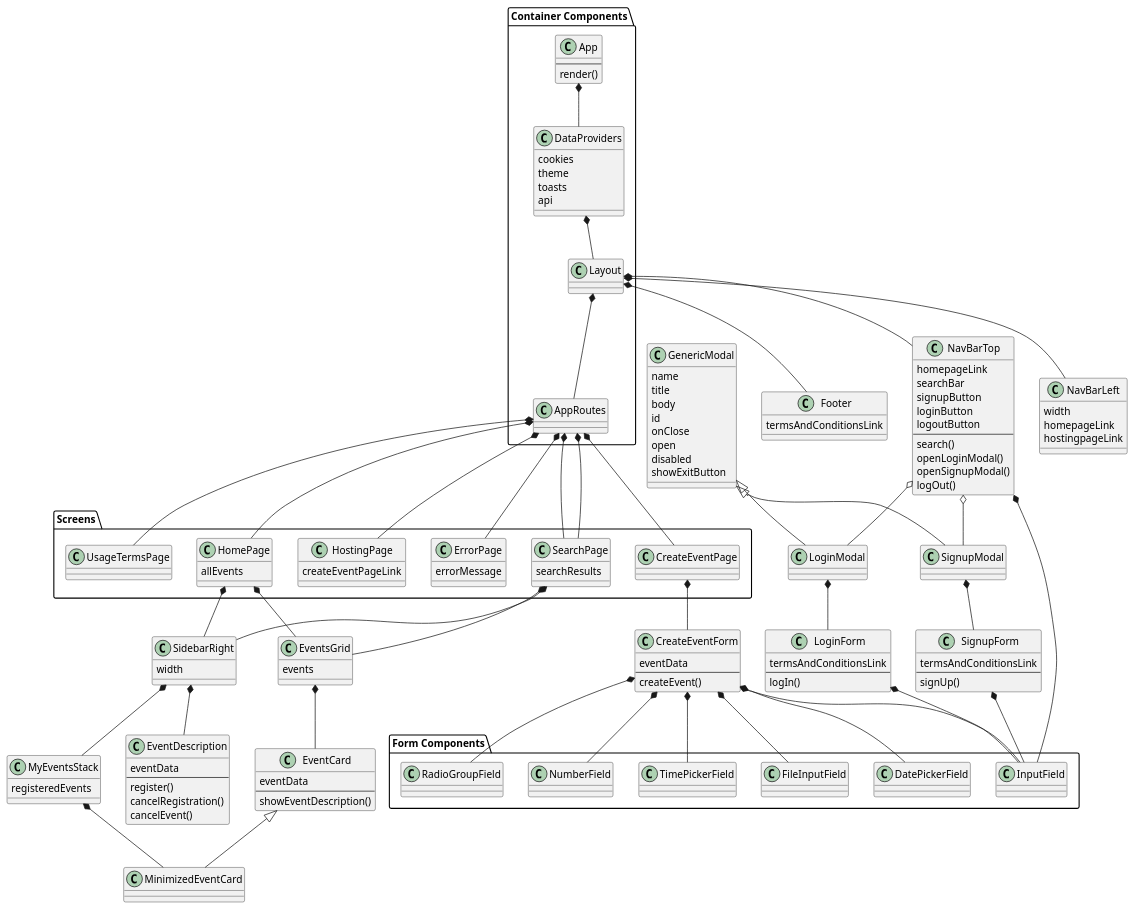
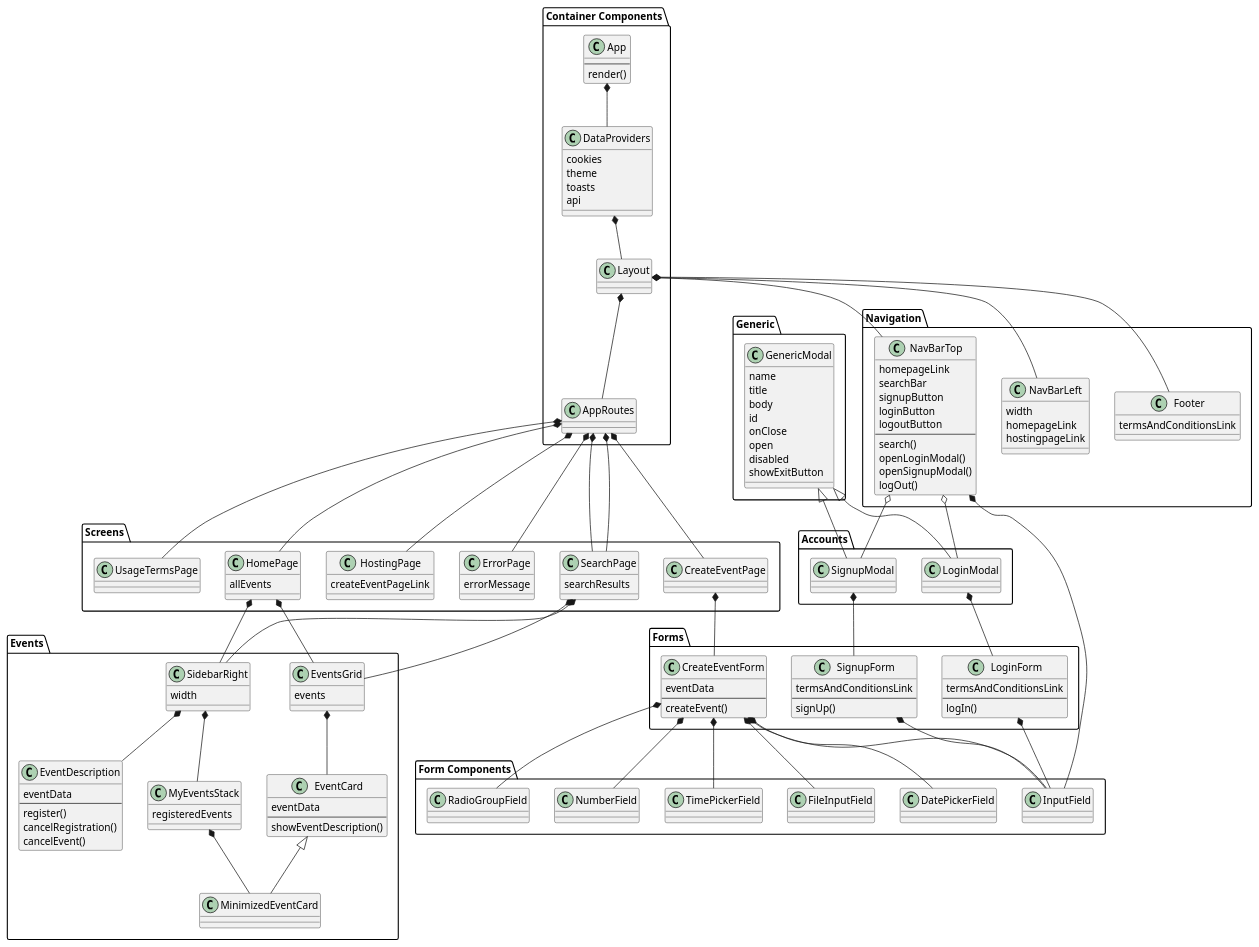
One commit to Wang-and-Co/Cis-3750-Project changed the diagram in diagrams/frontEndDiagrams.puml. Above: the diagram before and after it, drawn with PlantUML.

Commit message:
Updated front end diagram

```diff
--- a/diagrams/frontEndDiagrams.puml
+++ b/diagrams/frontEndDiagrams.puml
@@ -1,173 +1,192 @@
 @startuml frontEndDiagrams
 
 package "Container Components" {
     class App {
         --
         render()
     }
     class AppRoutes
     class DataProviders {
         cookies
         theme
         toasts
         api
     }
     class Layout
 
     App *-- DataProviders
     DataProviders *-- Layout
     Layout *-- AppRoutes
 }
 package Screens {
     class HomePage {
         allEvents
     }
     class CreateEventPage
     class ErrorPage {
         errorMessage
     }
     class HostingPage {
         createEventPageLink
     }
     class SearchPage {
         searchResults
     }
     class UsageTermsPage
 }
 
 AppRoutes *-- HomePage
 AppRoutes *-- SearchPage
 AppRoutes *-- UsageTermsPage
 AppRoutes *-- ErrorPage
 AppRoutes *-- SearchPage
 AppRoutes *-- HostingPage
 AppRoutes *-- CreateEventPage
 
-class NavBarLeft {
-    width
-    homepageLink
-    hostingpageLink
+package Navigation {
+    class NavBarLeft {
+        width
+        homepageLink
+        hostingpageLink
+    }
+
+    class NavBarTop {
+        homepageLink
+        searchBar
+        signupButton
+        loginButton
+        logoutButton
+        --
+        search()
+        openLoginModal()
+        openSignupModal()
+        logOut()
+    }
+    class Footer {
+        termsAndConditionsLink
+    }
 }
 
-class NavBarTop {
-    homepageLink
-    searchBar
-    signupButton
-    loginButton
-    logoutButton
-    --
-    search()
-    openLoginModal()
-    openSignupModal()
-    logOut()
+
+package Generic {
+    class GenericModal {
+        name
+        title
+        body
+        id
+        onClose
+        open
+        disabled
+        showExitButton
+    }
+    
 }
 
-class Footer {
-    termsAndConditionsLink
+package Accounts {
+    class LoginModal
+    class SignupModal 
+    
+}
+
+package Events {
+    class SidebarRight {
+        width
+    }
+
+    class MyEventsStack {
+        registeredEvents
+    }
+    class EventDescription {
+        eventData
+        --
+        register()
+        cancelRegistration()
+        cancelEvent()
+    }
+    class EventCard {
+        eventData
+        --
+        showEventDescription()
+    }
+    class MinimizedEventCard
+    class EventsGrid {
+        events
+    }
+    
+}
+
+package Forms {
+    class CreateEventForm {
+        eventData
+        --
+        createEvent()
+    }
+    class SignupForm {
+        termsAndConditionsLink
+        --
+        signUp()
+    }
+
+    class LoginForm {
+        termsAndConditionsLink
+        --
+        logIn()
+    }
+}
+package "Form Components" {
+    class DatePickerField
+    class FileInputField
+    class InputField
+    class NumberField
+    class RadioGroupField
+    class TimePickerField
 }
 
 Layout *-- NavBarLeft
 Layout *-- NavBarTop
 Layout *-- Footer
 
-class GenericModal {
-    name
-    title
-    body
-    id
-    onClose
-    open
-    disabled
-    showExitButton
-}
-class LoginModal
-class SignupModal 
 
 GenericModal <|-- LoginModal
 GenericModal <|-- SignupModal
 
 NavBarTop o-- LoginModal
 NavBarTop o-- SignupModal
 
-class SidebarRight {
-    width
-}
-class MyEventsStack {
-    registeredEvents
-}
-class EventDescription {
-    eventData
-    --
-    register()
-    cancelRegistration()
-    cancelEvent()
-}
-class EventCard {
-    eventData
-    --
-    showEventDescription()
-}
-class MinimizedEventCard
+
 
 EventCard <|-- MinimizedEventCard
 MyEventsStack *-- MinimizedEventCard
 
 SidebarRight *-- MyEventsStack
 SidebarRight *-- EventDescription
 
-class EventsGrid {
-    events
-}
 
 EventsGrid *-- EventCard
 
 HomePage *-- SidebarRight
 HomePage *-- EventsGrid
 
 SearchPage *-- SidebarRight
 SearchPage *-- EventsGrid
 
-class CreateEventForm {
-    eventData
-    --
-    createEvent()
-}
 
-class SignupForm {
-    termsAndConditionsLink
-    --
-    signUp()
-}
-
-class LoginForm {
-    termsAndConditionsLink
-    --
-    logIn()
-}
 
 SignupModal *-- SignupForm
 LoginModal *-- LoginForm
 CreateEventPage *-- CreateEventForm
 
-package "Form Components" {
-    class DatePickerField
-    class FileInputField
-    class InputField
-    class NumberField
-    class RadioGroupField
-    class TimePickerField
-}
 
 CreateEventForm *-- DatePickerField
 CreateEventForm *-- FileInputField
 CreateEventForm *-- InputField
 CreateEventForm *-- NumberField
 CreateEventForm *-- RadioGroupField
 CreateEventForm *-- TimePickerField
 
 SignupForm *-- InputField
 
 LoginForm *-- InputField
 
 NavBarTop *-- InputField
 @enduml
```
